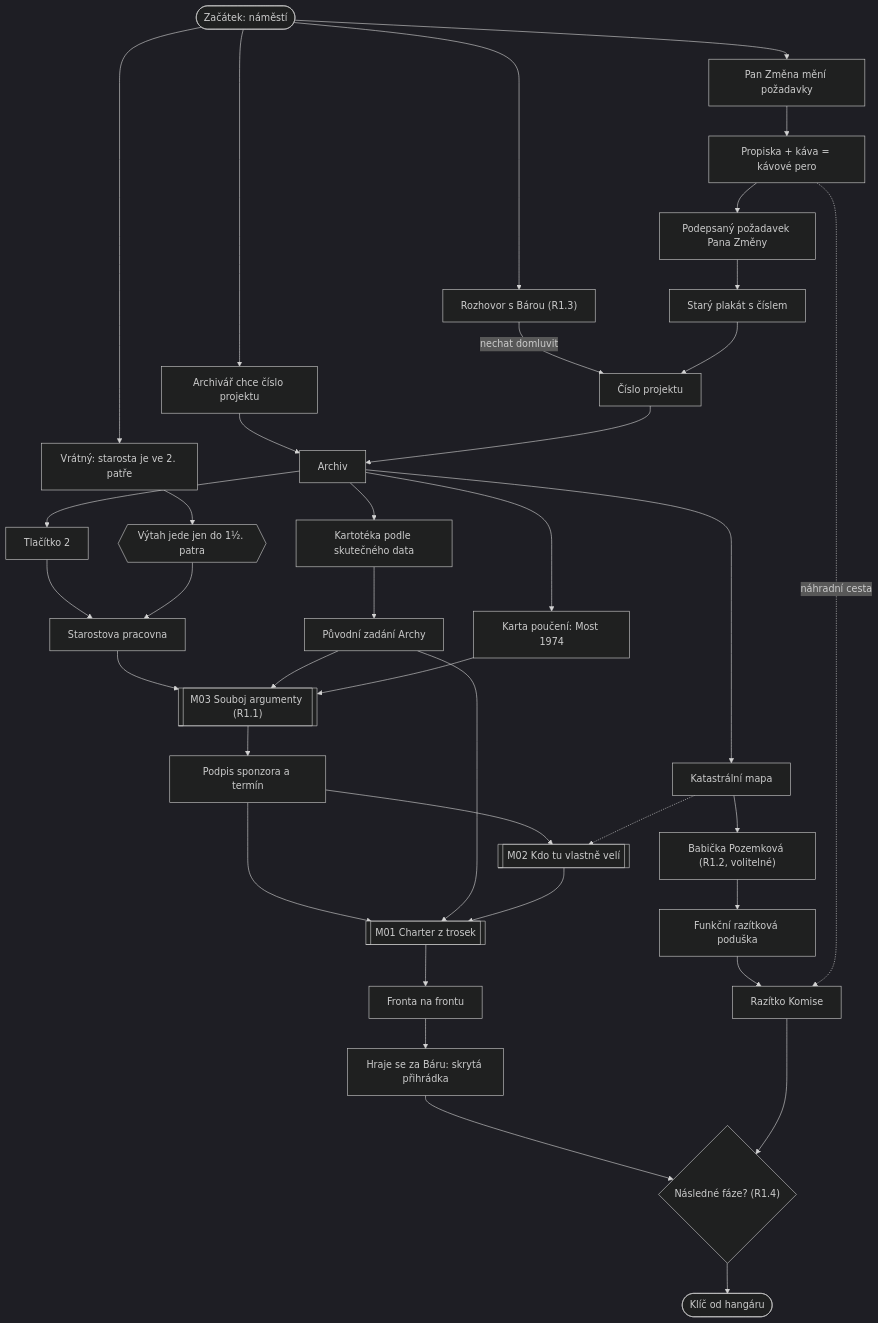
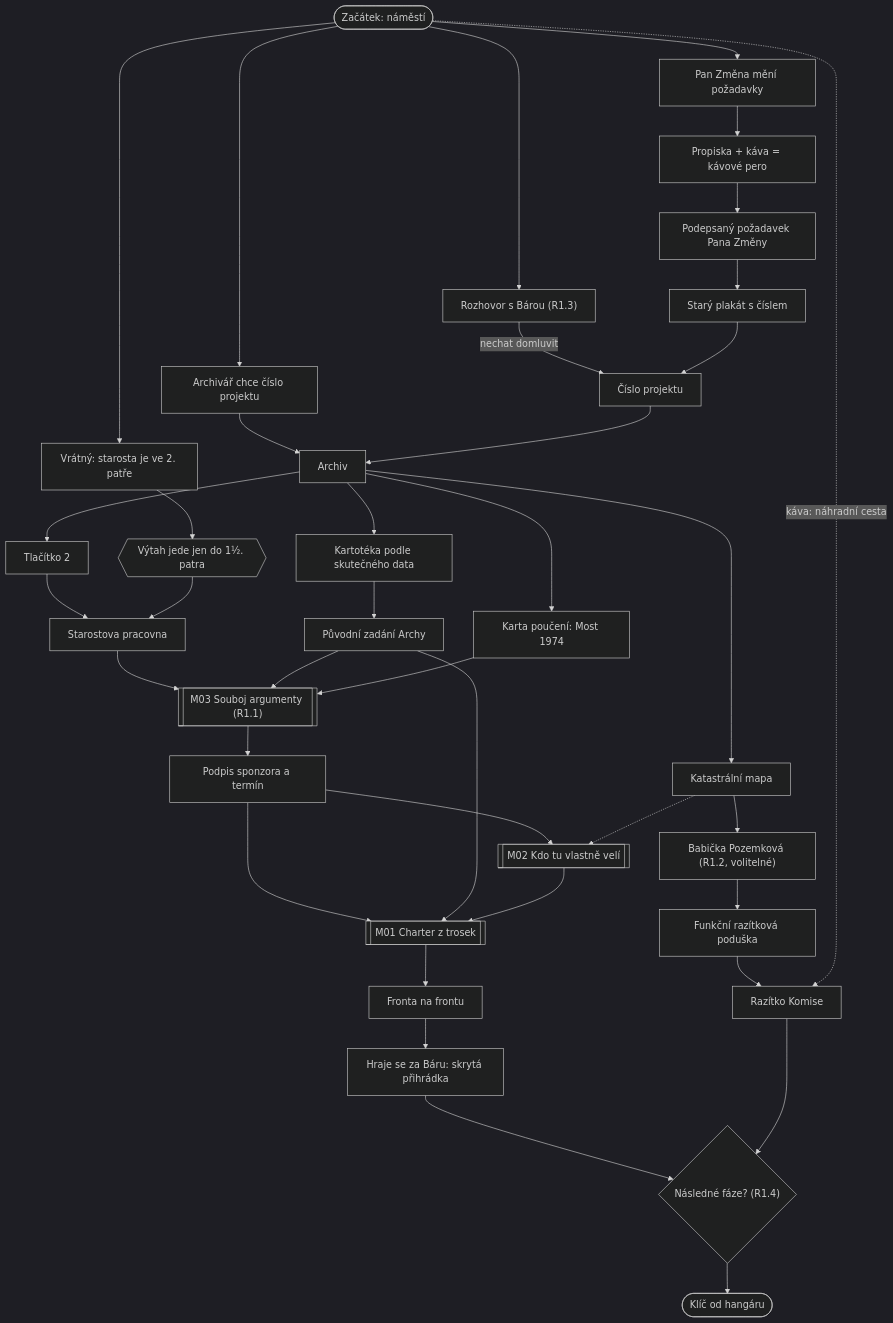
Before and after one commit to miroslavkrupa/games-termin-byl-vcera: the diagram in docs/kapitoly/01-iniciace.md, drawn with Mermaid (dark theme). The commit also changed other lines of this file and 12 other files, not shown here.

````diff
--- a/docs/kapitoly/01-iniciace.md
+++ b/docs/kapitoly/01-iniciace.md
@@ -133,31 +134,31 @@
 ```mermaid
 flowchart TD
   start(["Začátek: náměstí"]) --> vratny["Vrátný: starosta je ve 2. patře"]
   vratny --> vytah{{"Výtah jede jen do 1½. patra"}}
   start --> bara["Rozhovor s Bárou (R1.3)"]
   start --> zmena["Pan Změna mění požadavky"]
   start --> archivar["Archivář chce číslo projektu"]
   bara -->|nechat domluvit| cislo["Číslo projektu"]
   zmena --> pero["Propiska + káva = kávové pero"]
   pero --> dohoda["Podepsaný požadavek Pana Změny"]
   dohoda --> plakat["Starý plakát s číslem"] --> cislo
   archivar & cislo --> archiv["Archiv"]
   archiv --> tlacitko["Tlačítko 2"]
   archiv --> kartoteka["Kartotéka podle skutečného data"] --> zadani["Původní zadání Archy"]
   archiv --> karta["Karta poučení: Most 1974"]
   archiv --> mapa["Katastrální mapa"]
   tlacitko & vytah --> starosta["Starostova pracovna"]
   starosta & zadani & karta --> m03[["M03 Souboj argumenty (R1.1)"]]
   m03 --> sponzor["Podpis sponzora a termín"]
   sponzor --> m02[["M02 Kdo tu vlastně velí"]]
   mapa -.-> m02
   mapa --> babicka["Babička Pozemková (R1.2, volitelné)"]
   babicka --> poduska["Funkční razítková poduška"]
   sponzor & zadani & m02 --> m01[["M01 Charter z trosek"]]
   m01 --> fronta["Fronta na frontu"]
   fronta --> barasegment["Hraje se za Báru: skrytá přihrádka"]
   poduska --> razitko["Razítko Komise"]
-  pero -.->|náhradní cesta| razitko
+  start -.->|káva: náhradní cesta| razitko
   barasegment & razitko --> predseda{"Následné fáze? (R1.4)"}
   predseda --> konec(["Klíč od hangáru"])
 ```
````
